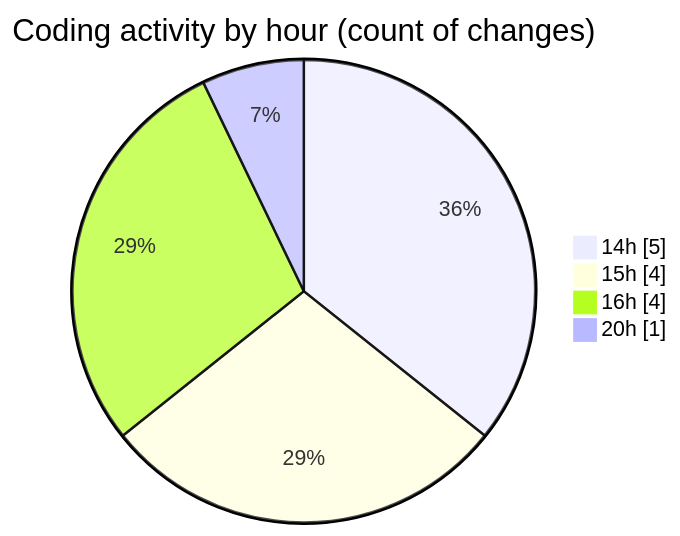
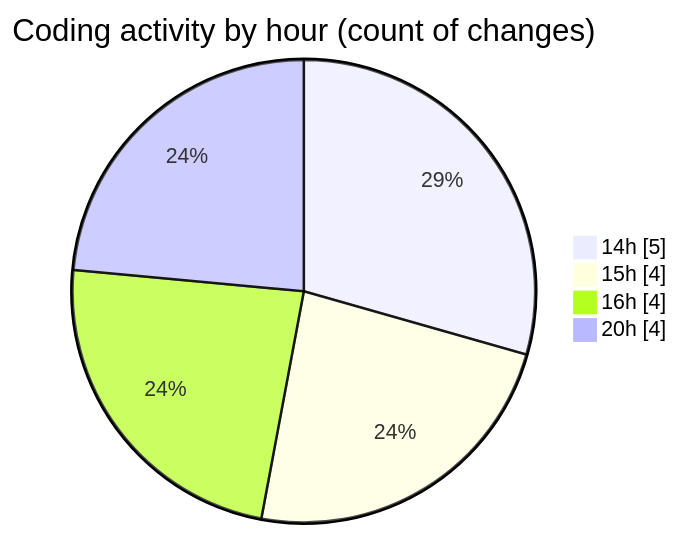
Before and after one commit to tmsrecording-cyber/code-tracking: the second of 2 diagrams in 2026-04-23/darkwire/README.md, drawn with Mermaid. The commit also changed other lines of this file and 1 other file, not shown here.

````diff
--- a/2026-04-23/darkwire/README.md
+++ b/2026-04-23/darkwire/README.md
@@ -36,8 +37,8 @@
 ```mermaid
 pie showData
 title Coding activity by hour (count of changes)
 "14h" : 5
 "15h" : 4
 "16h" : 4
-"20h" : 1
+"20h" : 4
 ```
````
